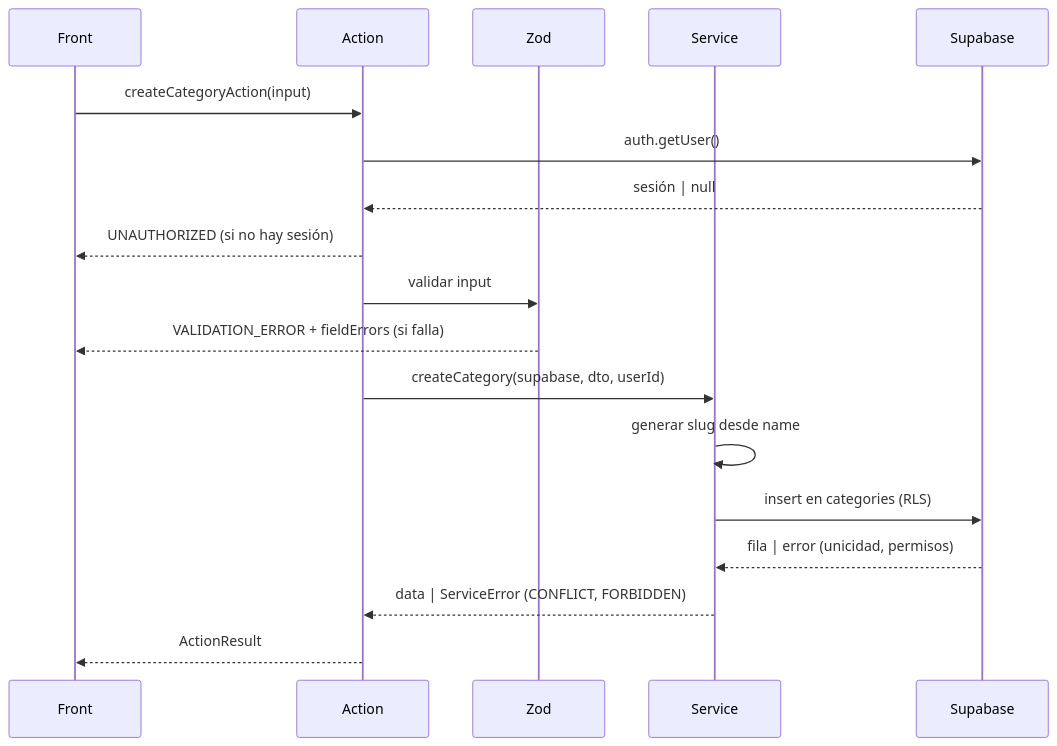
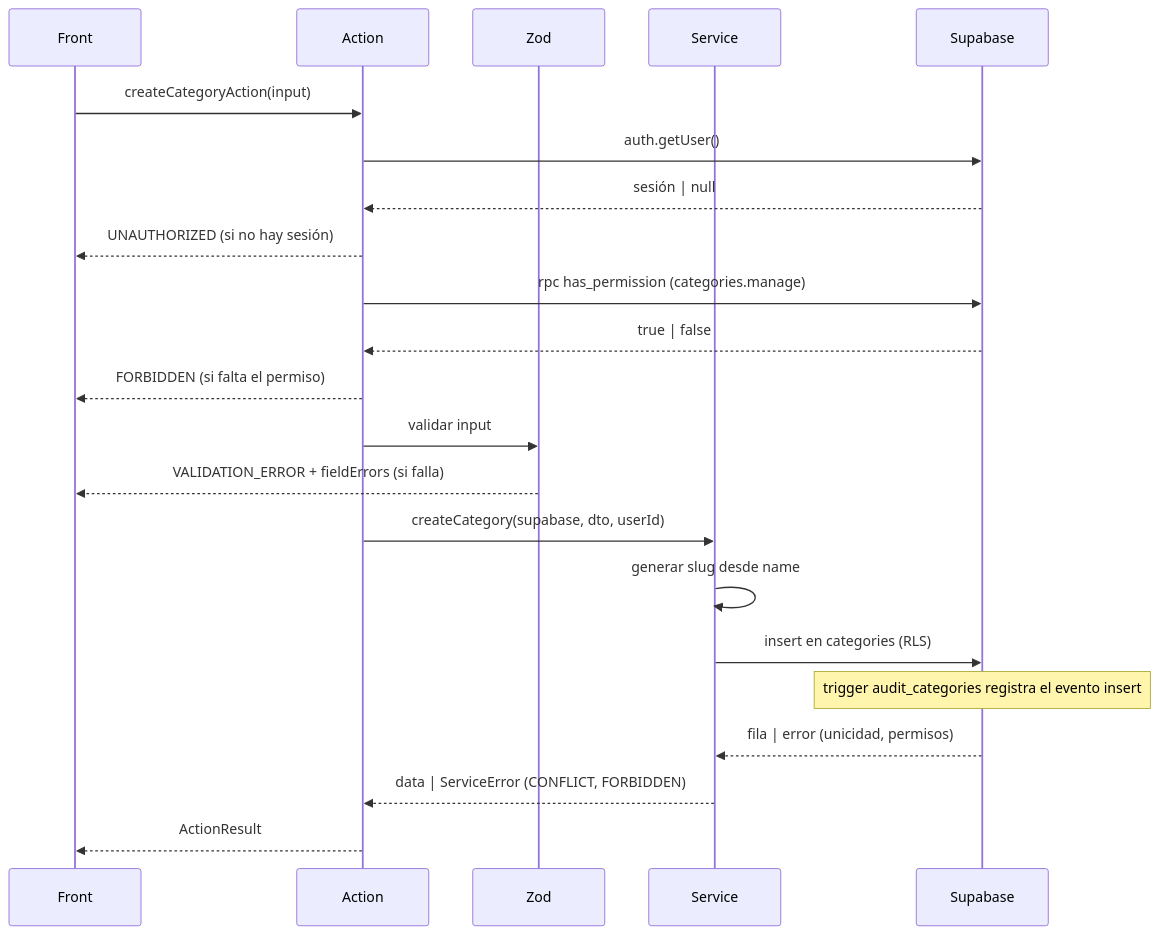
One commit to Programati/restoDev changed the diagram in docs/contracts/categories/Contract_createCategory.md. Above: the diagram before and after it, drawn with Mermaid. The commit also changed other lines of this file and 90 other files, not shown here.

````diff
--- a/docs/contracts/categories/Contract_createCategory.md
+++ b/docs/contracts/categories/Contract_createCategory.md
@@ -134,20 +135,24 @@
 ```mermaid
 sequenceDiagram
   participant Front
   participant Action
   participant Zod
   participant Service
   participant Supabase
   Front->>Action: createCategoryAction(input)
   Action->>Supabase: auth.getUser()
   Supabase-->>Action: sesión | null
   Action-->>Front: UNAUTHORIZED (si no hay sesión)
+  Action->>Supabase: rpc has_permission (categories.manage)
+  Supabase-->>Action: true | false
+  Action-->>Front: FORBIDDEN (si falta el permiso)
   Action->>Zod: validar input
   Zod-->>Front: VALIDATION_ERROR + fieldErrors (si falla)
   Action->>Service: createCategory(supabase, dto, userId)
   Service->>Service: generar slug desde name
   Service->>Supabase: insert en categories (RLS)
+  Note over Supabase: trigger audit_categories registra el evento insert
   Supabase-->>Service: fila | error (unicidad, permisos)
   Service-->>Action: data | ServiceError (CONFLICT, FORBIDDEN)
   Action-->>Front: ActionResult
 ```
````
